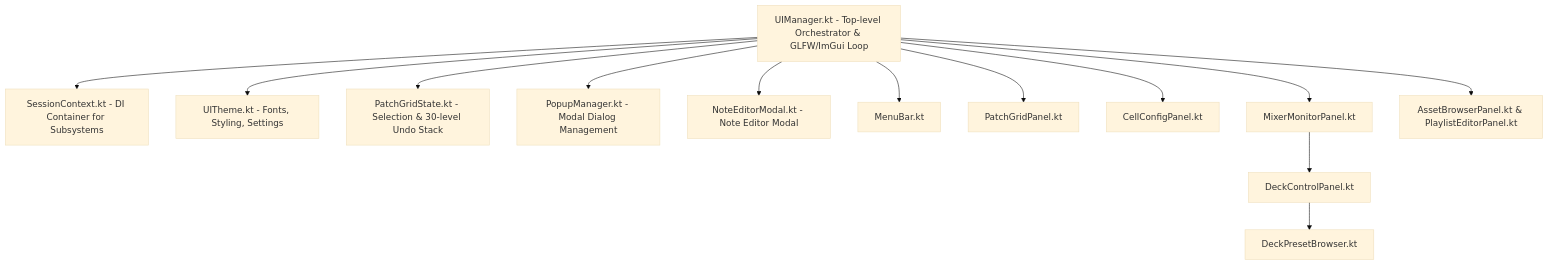
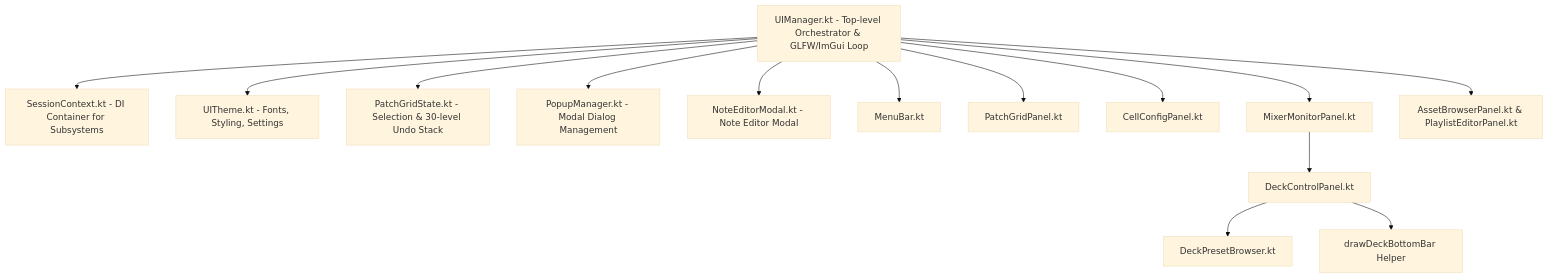
One commit to greenjon/liquid-lsd changed the diagram in docs/developer/ui.md. Above: the diagram before and after it, drawn with Mermaid (base theme). The commit also changed other lines of this file and 5 other files, not shown here.

First line of the commit message:
feat(ui): redesign Deck preview monitor preset bottom bar

````diff
--- a/docs/developer/ui.md
+++ b/docs/developer/ui.md
@@ -9,25 +9,26 @@
 ```mermaid
 graph TD
     UIManager[UIManager.kt - Top-level Orchestrator & GLFW/ImGui Loop]
     
     SessionContext[SessionContext.kt - DI Container for Subsystems]
     UITheme[UITheme.kt - Fonts, Styling, Settings]
     PatchGridState[PatchGridState.kt - Selection & 30-level Undo Stack]
     PopupManager[PopupManager.kt - Modal Dialog Management]
     NoteEditorModal[NoteEditorModal.kt - Note Editor Modal]
     
     UIManager --> SessionContext
     UIManager --> UITheme
     UIManager --> PatchGridState
     UIManager --> PopupManager
     UIManager --> NoteEditorModal
     
     UIManager --> MenuBar[MenuBar.kt]
     UIManager --> PatchGridPanel[PatchGridPanel.kt]
     UIManager --> CellConfigPanel[CellConfigPanel.kt]
     UIManager --> MixerMonitorPanel[MixerMonitorPanel.kt]
     UIManager --> AssetBrowserPanel[AssetBrowserPanel.kt & PlaylistEditorPanel.kt]
     
     MixerMonitorPanel --> DeckControlPanel[DeckControlPanel.kt]
     DeckControlPanel --> DeckPresetBrowser[DeckPresetBrowser.kt]
+    DeckControlPanel --> drawDeckBottomBar[drawDeckBottomBar Helper]
 ```
````
